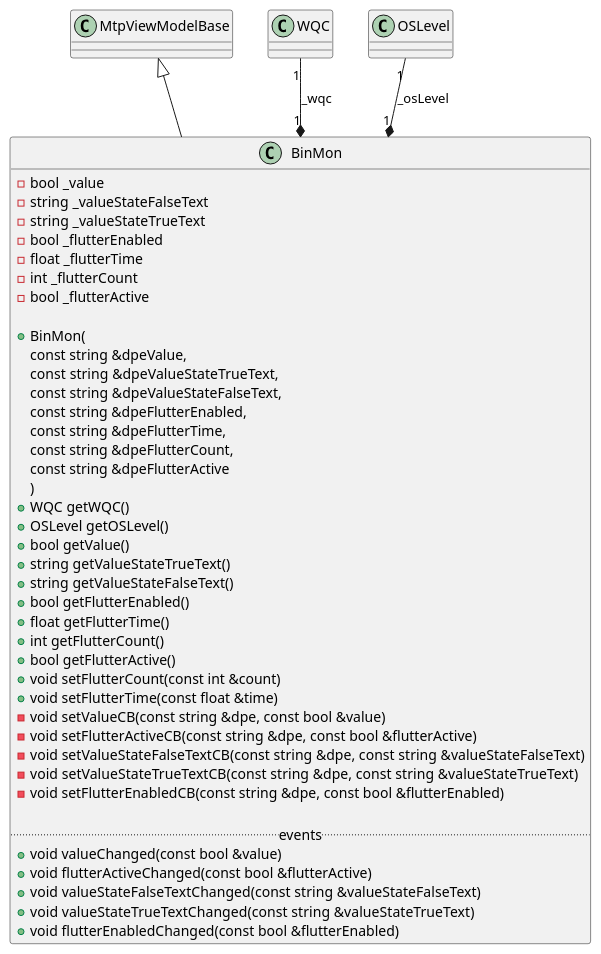
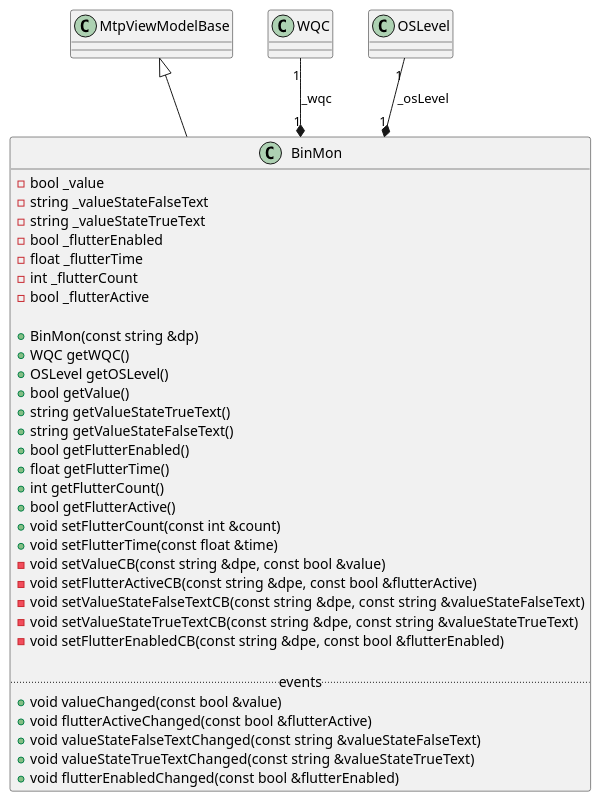
The diagram in source/Module/BinMon.puml (winccoa/winccoa-ae-ctrl-mtpimporter), drawn with PlantUML before and after one commit. The commit also changed 7 other files, not shown here.

Commit message:
fix: constructors of class diagrams correct again

```diff
--- a/source/Module/BinMon.puml
+++ b/source/Module/BinMon.puml
@@ -1,55 +1,47 @@
 @startuml BinMon
 
 class BinMon
 {
     - bool _value
     - string _valueStateFalseText
     - string _valueStateTrueText
     - bool _flutterEnabled
     - float _flutterTime
     - int _flutterCount
     - bool _flutterActive
 
-    + BinMon(
-        const string &dpeValue,
-        const string &dpeValueStateTrueText,
-        const string &dpeValueStateFalseText,
-        const string &dpeFlutterEnabled,
-        const string &dpeFlutterTime,
-        const string &dpeFlutterCount,
-        const string &dpeFlutterActive
-    )
+    + BinMon(const string &dp)
     + WQC getWQC()
     + OSLevel getOSLevel()
     + bool getValue()
     + string getValueStateTrueText()
     + string getValueStateFalseText()
     + bool getFlutterEnabled()
     + float getFlutterTime()
     + int getFlutterCount()
     + bool getFlutterActive()
     + void setFlutterCount(const int &count)
     + void setFlutterTime(const float &time)
     ' DPE: V
     - void setValueCB(const string &dpe, const bool &value)
     ' DPE: VFlutAct
     - void setFlutterActiveCB(const string &dpe, const bool &flutterActive)
     ' DPE: VState0
     - void setValueStateFalseTextCB(const string &dpe, const string &valueStateFalseText)
     ' DPE: VState1
     - void setValueStateTrueTextCB(const string &dpe, const string &valueStateTrueText)
     ' DPE: VFlutEn
     - void setFlutterEnabledCB(const string &dpe, const bool &flutterEnabled)
 
     ..events..
     + void valueChanged(const bool &value)
     + void flutterActiveChanged(const bool &flutterActive)
     + void valueStateFalseTextChanged(const string &valueStateFalseText)
     + void valueStateTrueTextChanged(const string &valueStateTrueText)
     + void flutterEnabledChanged(const bool &flutterEnabled)
 }
 
 MtpViewModelBase <|-- BinMon
 WQC "1" --* "1" BinMon : _wqc
 OSLevel "1" --* "1" BinMon : _osLevel
 @enduml
```
